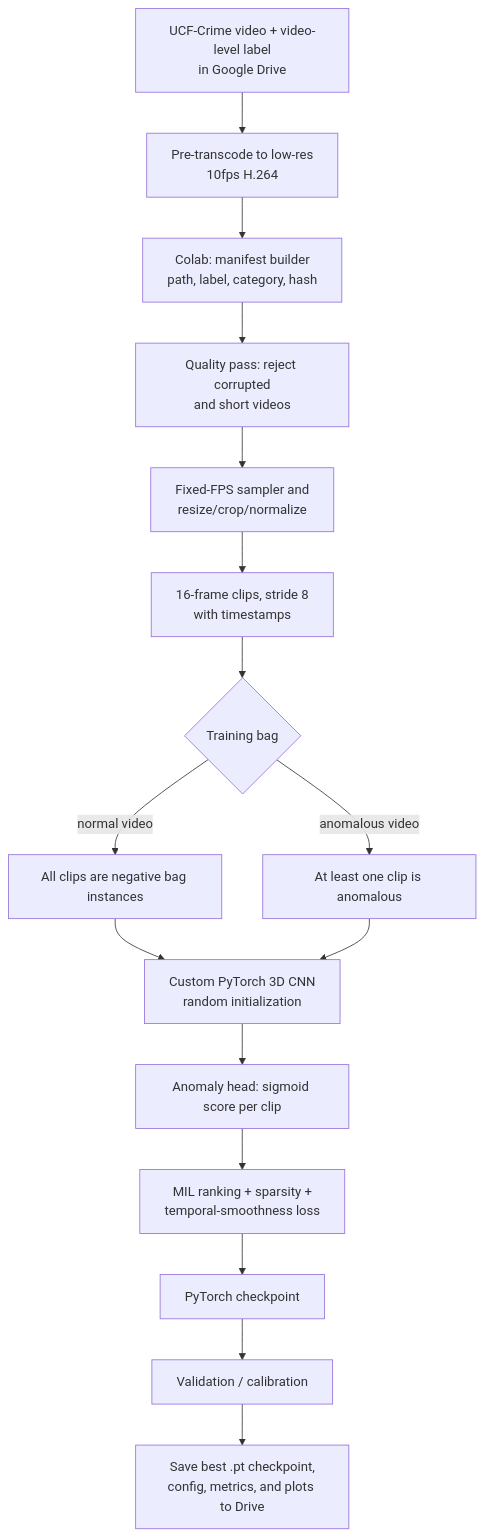
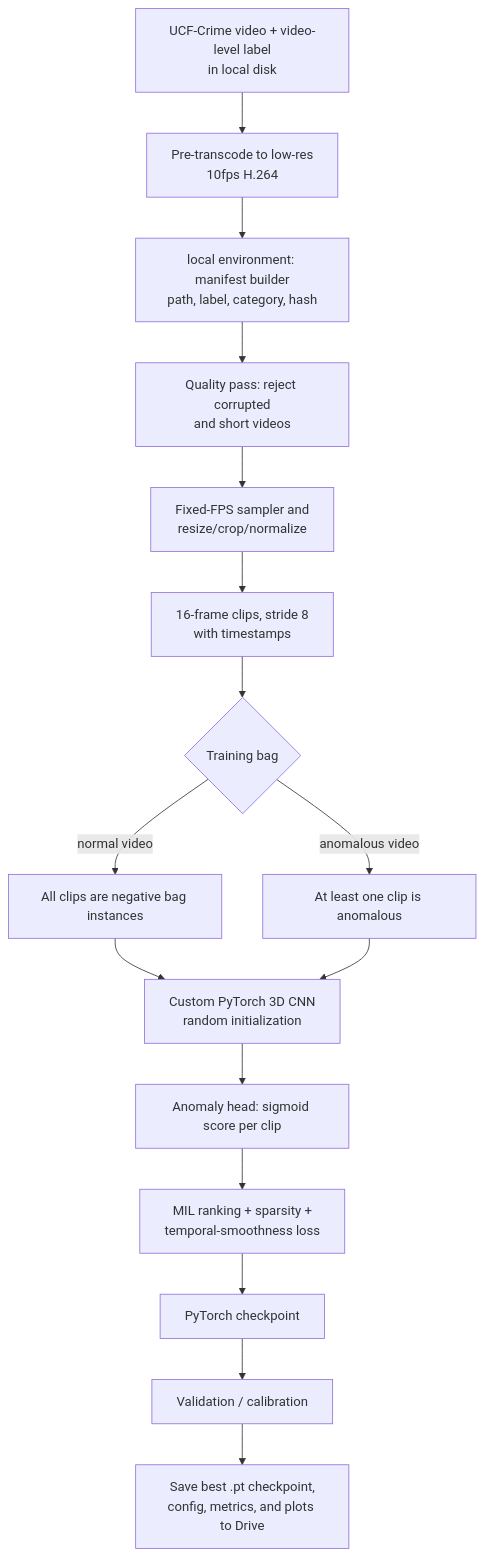
One commit to prathmeshchorghade-mits/Spatio-Temporal-Anomaly-Detection-in-Surveillance-Videos-Using-3D-CNNs changed the first of 3 diagrams in SYSTEM_ARCHITECTURE.md. Above: the diagram before and after it, drawn with Mermaid. The commit also changed other lines of this file and 8 other files, not shown here.

Commit message:
Update documentation for local training instead of Google Colab

````diff
--- a/SYSTEM_ARCHITECTURE.md
+++ b/SYSTEM_ARCHITECTURE.md
@@ -22,18 +22,18 @@
 ```mermaid
 flowchart TD
-  A[UCF-Crime video + video-level label\nin Google Drive] --> B[Pre-transcode to low-res\n10fps H.264]
-  B --> C[Colab: manifest builder\npath, label, category, hash]
+  A[UCF-Crime video + video-level label\nin local disk] --> B[Pre-transcode to low-res\n10fps H.264]
+  B --> C[local environment: manifest builder\npath, label, category, hash]
   C --> D[Quality pass: reject corrupted\nand short videos]
   D --> E[Fixed-FPS sampler and\nresize/crop/normalize]
   E --> F[16-frame clips, stride 8\nwith timestamps]
   F --> G{Training bag}
   G -->|normal video| H[All clips are negative bag instances]
   G -->|anomalous video| I[At least one clip is anomalous]
   H --> J[Custom PyTorch 3D CNN\nrandom initialization]
   I --> J
   J --> K[Anomaly head: sigmoid score per clip]
   K --> L[MIL ranking + sparsity +\ntemporal-smoothness loss]
   L --> M[PyTorch checkpoint]
   M --> N[Validation / calibration]
   N --> O[Save best .pt checkpoint,\nconfig, metrics, and plots to Drive]
 ```
````
